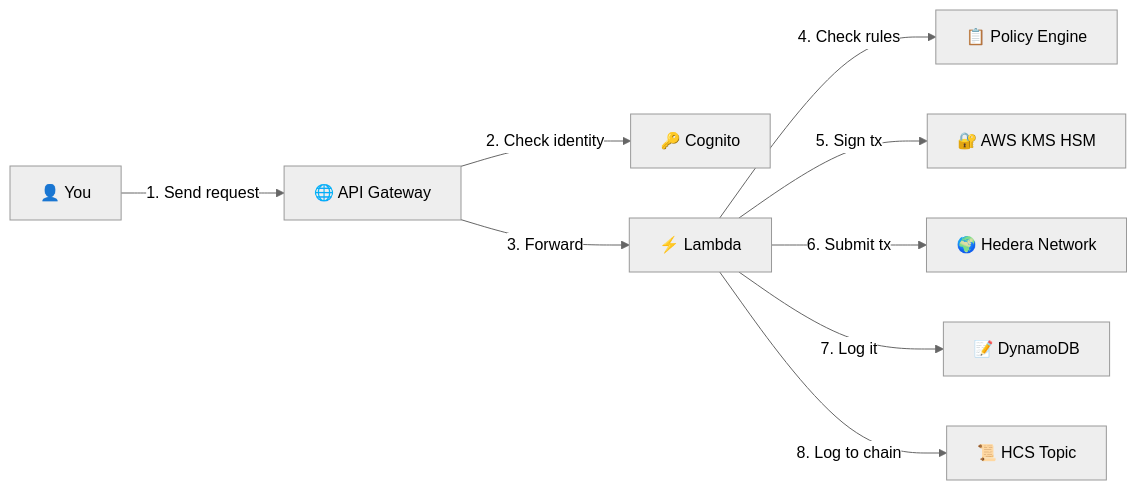
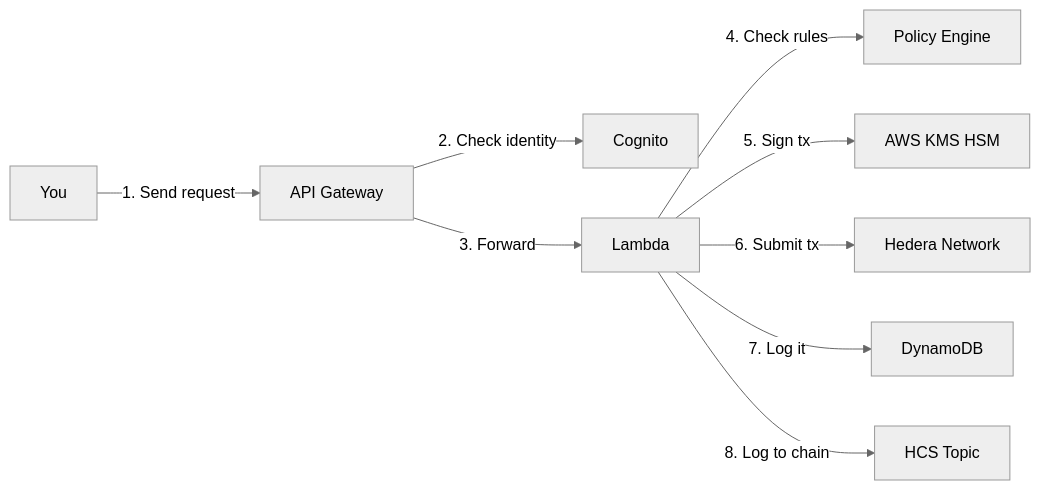
One commit to umarhashmi2002/hedera-kms-signer changed the first of 13 diagrams in README.md. Above: the diagram before and after it, drawn with Mermaid (neutral theme). The commit also changed other lines of this file and 3 other files, not shown here.

````diff
--- a/README.md
+++ b/README.md
@@ -7,11 +7,11 @@
 ```mermaid
 graph LR
-    You[👤 You] -->|1. Send request| API[🌐 API Gateway]
-    API -->|2. Check identity| Cognito[🔑 Cognito]
-    API -->|3. Forward| Lambda[⚡ Lambda]
-    Lambda -->|4. Check rules| Policy[📋 Policy Engine]
-    Lambda -->|5. Sign tx| KMS[🔐 AWS KMS HSM]
-    Lambda -->|6. Submit tx| Hedera[🌍 Hedera Network]
-    Lambda -->|7. Log it| DDB[📝 DynamoDB]
-    Lambda -->|8. Log to chain| HCS[📜 HCS Topic]
+    You[You] -->|1. Send request| API[API Gateway]
+    API -->|2. Check identity| Cognito[Cognito]
+    API -->|3. Forward| Lambda[Lambda]
+    Lambda -->|4. Check rules| Policy[Policy Engine]
+    Lambda -->|5. Sign tx| KMS[AWS KMS HSM]
+    Lambda -->|6. Submit tx| Hedera[Hedera Network]
+    Lambda -->|7. Log it| DDB[DynamoDB]
+    Lambda -->|8. Log to chain| HCS[HCS Topic]
 ```
````
